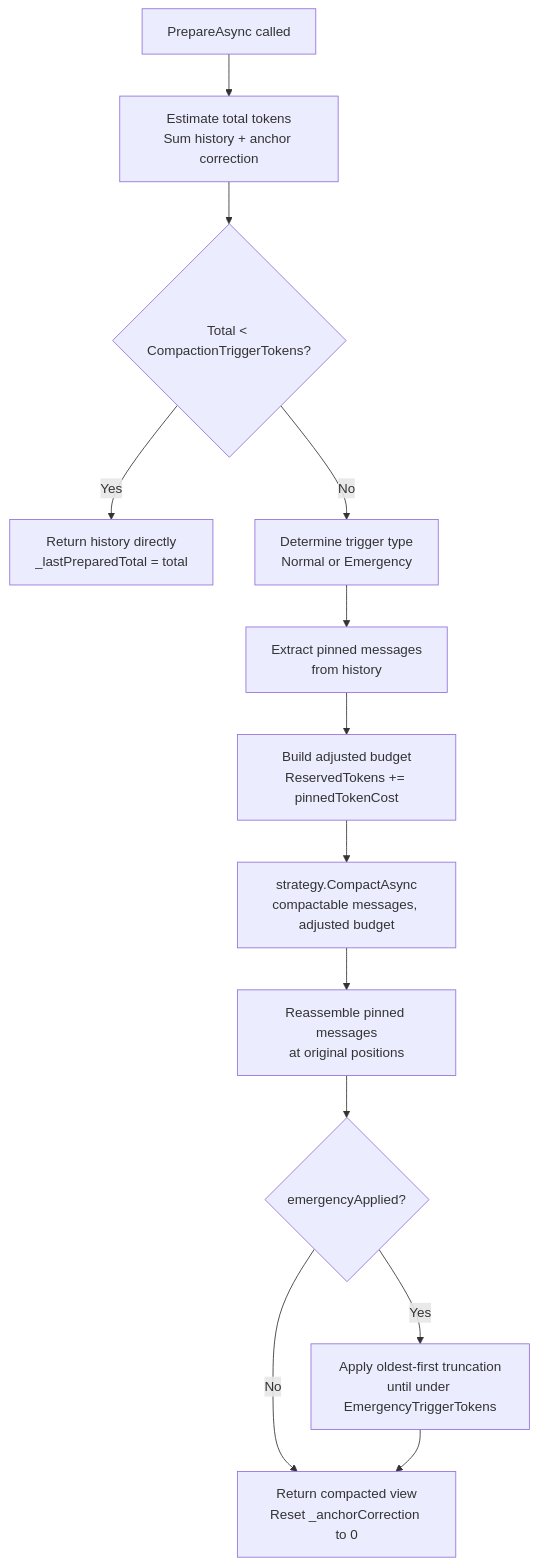
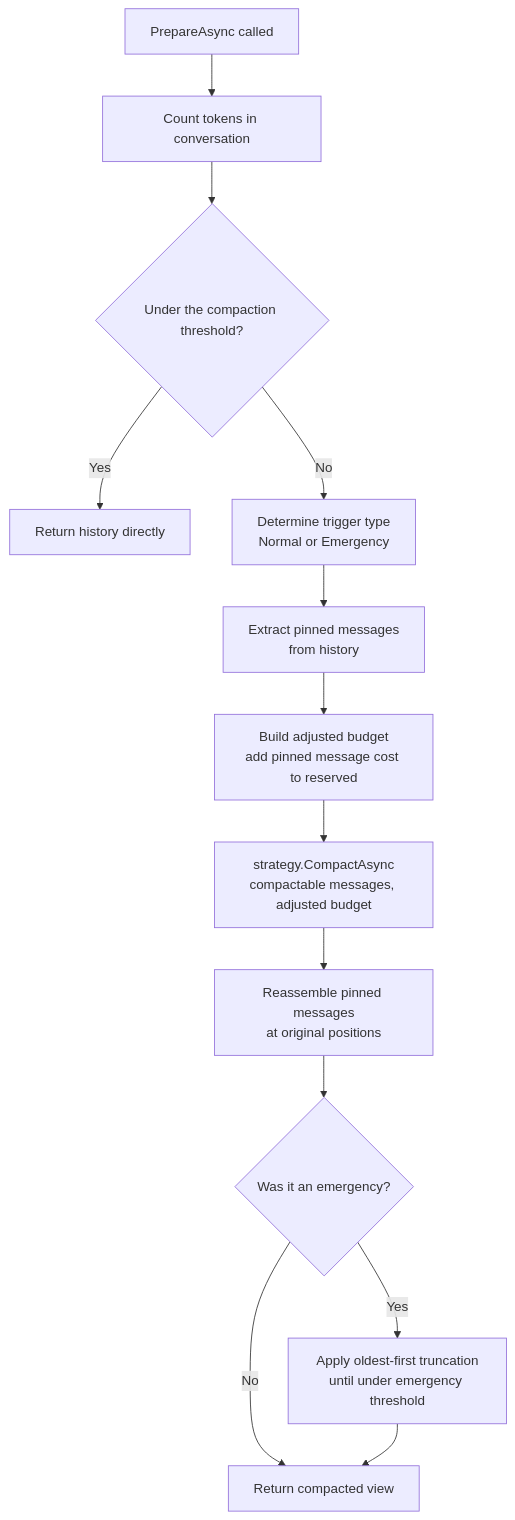
The second of 6 diagrams in docs/deep-dive/context-management.md (svetstoykov/TokenGuard), drawn with Mermaid before and after one commit. The commit also changed other lines of this file, not shown here.

First line of the commit message:
docs: simplify Mermaid diagram labels in context-management.md

````diff
--- a/docs/deep-dive/context-management.md
+++ b/docs/deep-dive/context-management.md
@@ -96,15 +96,15 @@
 ```mermaid
 flowchart TD
-    A[PrepareAsync called] --> B[Estimate total tokens\nSum history + anchor correction]
-    B --> C{Total < CompactionTriggerTokens?}
-    C -- Yes --> D[Return history directly\n_lastPreparedTotal = total]
+    A[PrepareAsync called] --> B[Count tokens in conversation]
+    B --> C{Under the compaction threshold?}
+    C -- Yes --> D[Return history directly]
     C -- No --> E[Determine trigger type\nNormal or Emergency]
     E --> F[Extract pinned messages\nfrom history]
-    F --> G[Build adjusted budget\nReservedTokens += pinnedTokenCost]
+    F --> G[Build adjusted budget\nadd pinned message cost to reserved]
     G --> H[strategy.CompactAsync\ncompactable messages, adjusted budget]
     H --> I[Reassemble pinned messages\nat original positions]
-    I --> J{emergencyApplied?}
-    J -- No --> K[Return compacted view\nReset _anchorCorrection to 0]
-    J -- Yes --> L[Apply oldest-first truncation\nuntil under EmergencyTriggerTokens]
+    I --> J{Was it an emergency?}
+    J -- No --> K[Return compacted view]
+    J -- Yes --> L[Apply oldest-first truncation\nuntil under emergency threshold]
     L --> K
 ```
````
